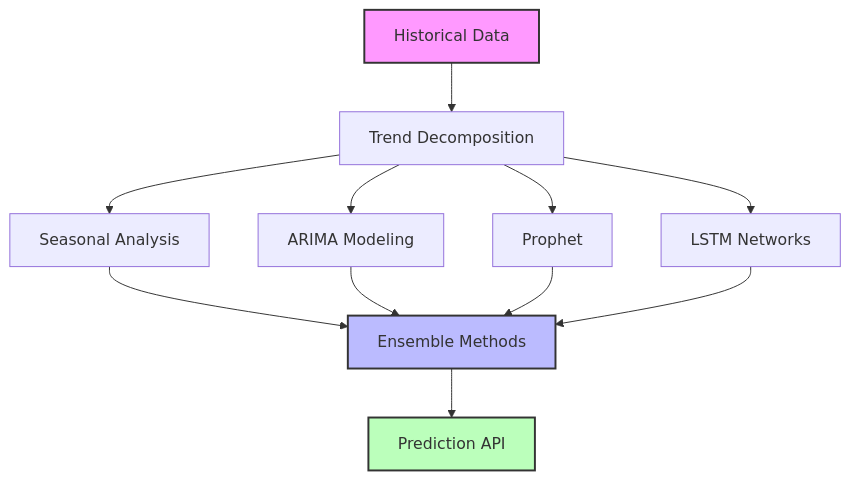
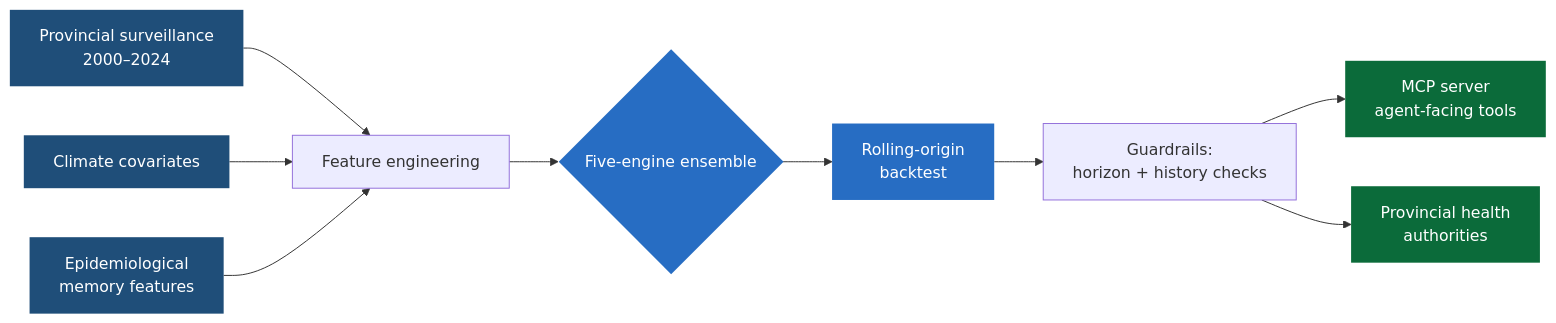
Before and after one commit to joaquimtimoteo/joaquimtimoteo: the diagram in README.md, drawn with Mermaid. The commit also changed other lines of this file, not shown here.

````diff
--- a/README.md
+++ b/README.md
@@ -237,14 +61,18 @@
 ```mermaid
-graph TD
-    A[Historical Data] --> B[Trend Decomposition]
-    B --> C[Seasonal Analysis]
-    B --> D[ARIMA Modeling]
-    B --> E[Prophet]
-    B --> F[LSTM Networks]
-    C & D & E & F --> G[Ensemble Methods]
-    G --> H[Prediction API]
-    
-    style A fill:#f9f,stroke:#333,stroke-width:2px
-    style G fill:#bbf,stroke:#333,stroke-width:2px
-    style H fill:#bfb,stroke:#333,stroke-width:2px
+graph LR
+    S[Provincial surveillance<br/>2000–2024] --> F[Feature engineering]
+    C[Climate covariates] --> F
+    M[Epidemiological<br/>memory features] --> F
+    F --> E{Five-engine ensemble}
+    E --> B[Rolling-origin<br/>backtest]
+    B --> G[Guardrails:<br/>horizon + history checks]
+    G --> A[MCP server<br/>agent-facing tools]
+    G --> H[Provincial health<br/>authorities]
+
+    classDef data fill:#1f4e79,color:#fff,stroke:none;
+    classDef model fill:#276DC3,color:#fff,stroke:none;
+    classDef out fill:#0b6b3a,color:#fff,stroke:none;
+    class S,C,M data;
+    class E,B model;
+    class A,H out;
 ```
````
